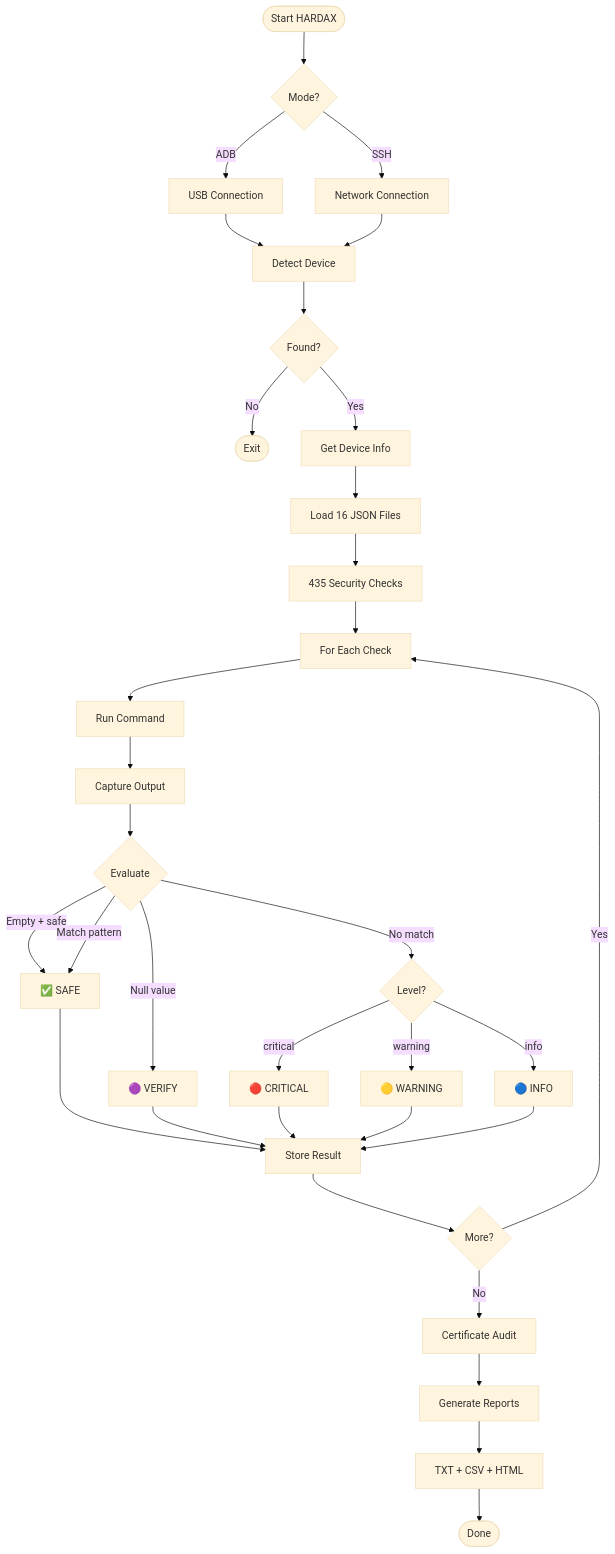
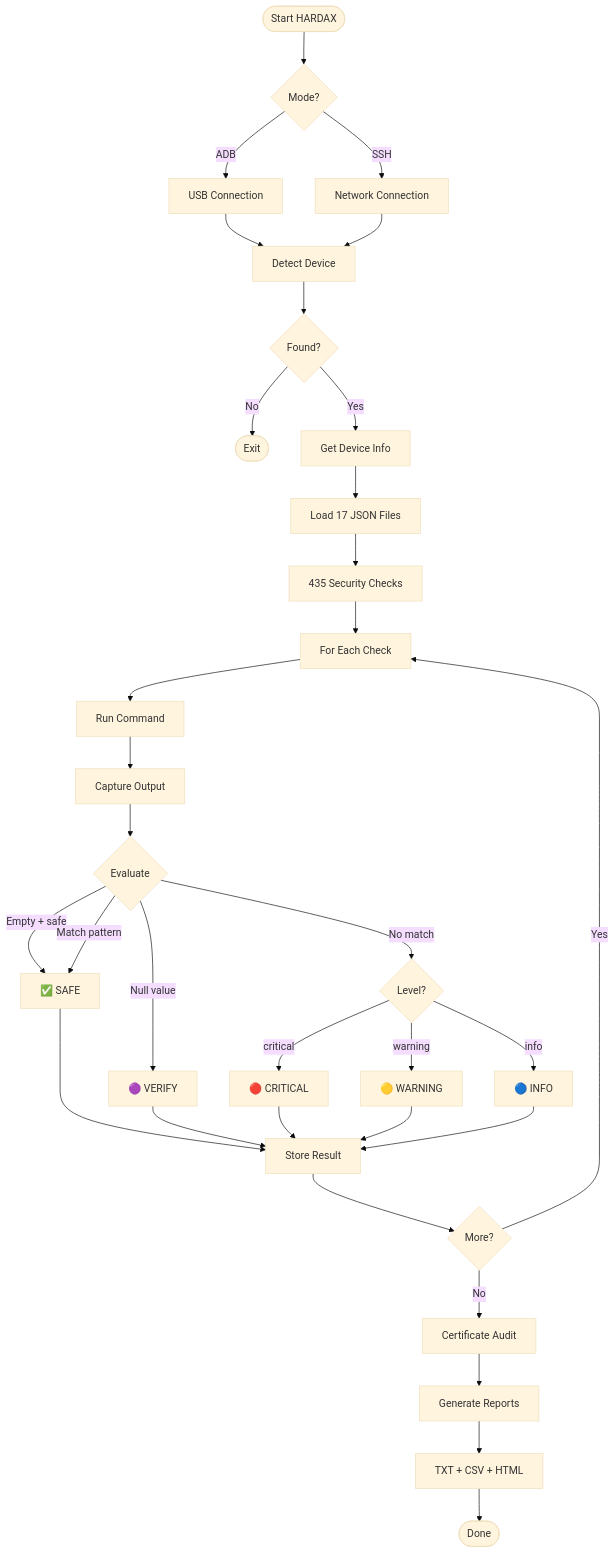
Before and after one commit to kekanath/hardax: the diagram in README.md, drawn with Mermaid (base theme).

````diff
--- a/README.md
+++ b/README.md
@@ -218,31 +218,31 @@
 ```mermaid
 flowchart TD
     A([Start HARDAX]) --> B{Mode?}
     B -->|ADB| C[USB Connection]
     B -->|SSH| D[Network Connection]
     C --> E[Detect Device]
     D --> E
     E --> F{Found?}
     F -->|No| G([Exit])
     F -->|Yes| H[Get Device Info]
-    H --> I[Load 16 JSON Files]
+    H --> I[Load 17 JSON Files]
     I --> J[435 Security Checks]
     J --> K[For Each Check]
     K --> L[Run Command]
     L --> M[Capture Output]
     M --> N{Evaluate}
     N -->|Empty + safe| O[✅ SAFE]
     N -->|Match pattern| O
     N -->|Null value| P[🟣 VERIFY]
     N -->|No match| Q{Level?}
     Q -->|critical| R[🔴 CRITICAL]
     Q -->|warning| S[🟡 WARNING]
     Q -->|info| T[🔵 INFO]
     O & P & R & S & T --> U[Store Result]
     U --> V{More?}
     V -->|Yes| K
     V -->|No| W[Certificate Audit]
     W --> X[Generate Reports]
     X --> Y[TXT + CSV + HTML]
     Y --> Z([Done])
 ```
````
